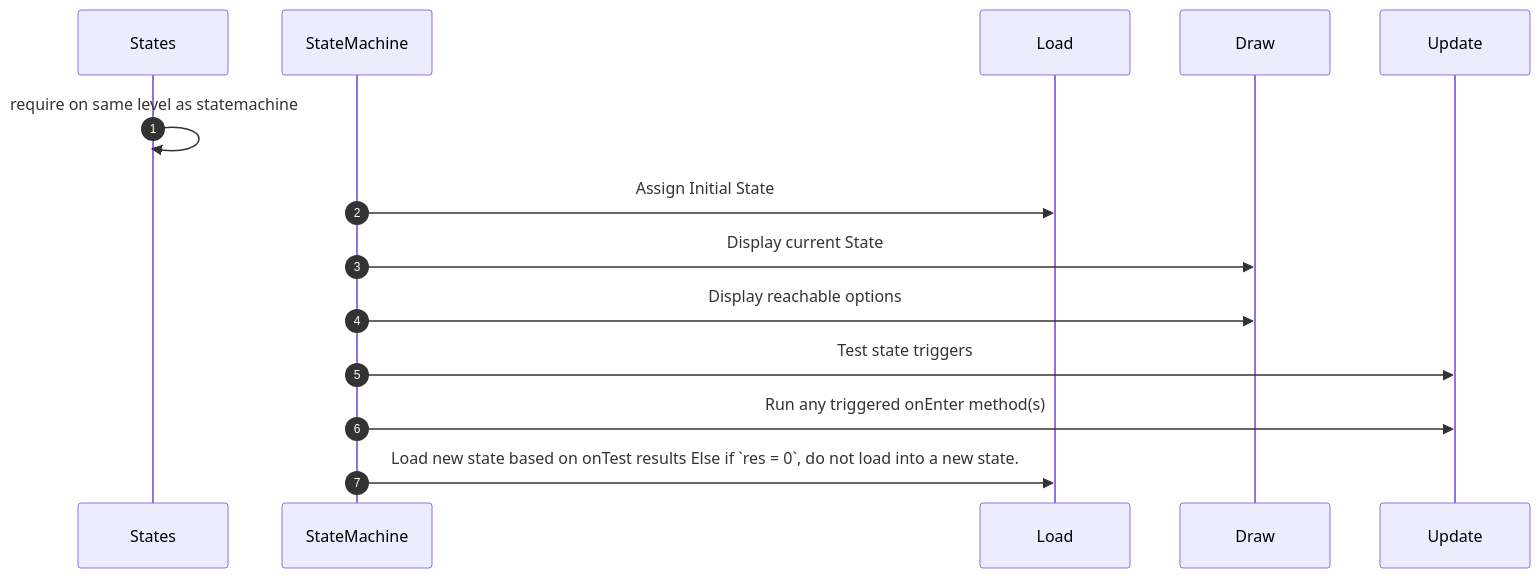
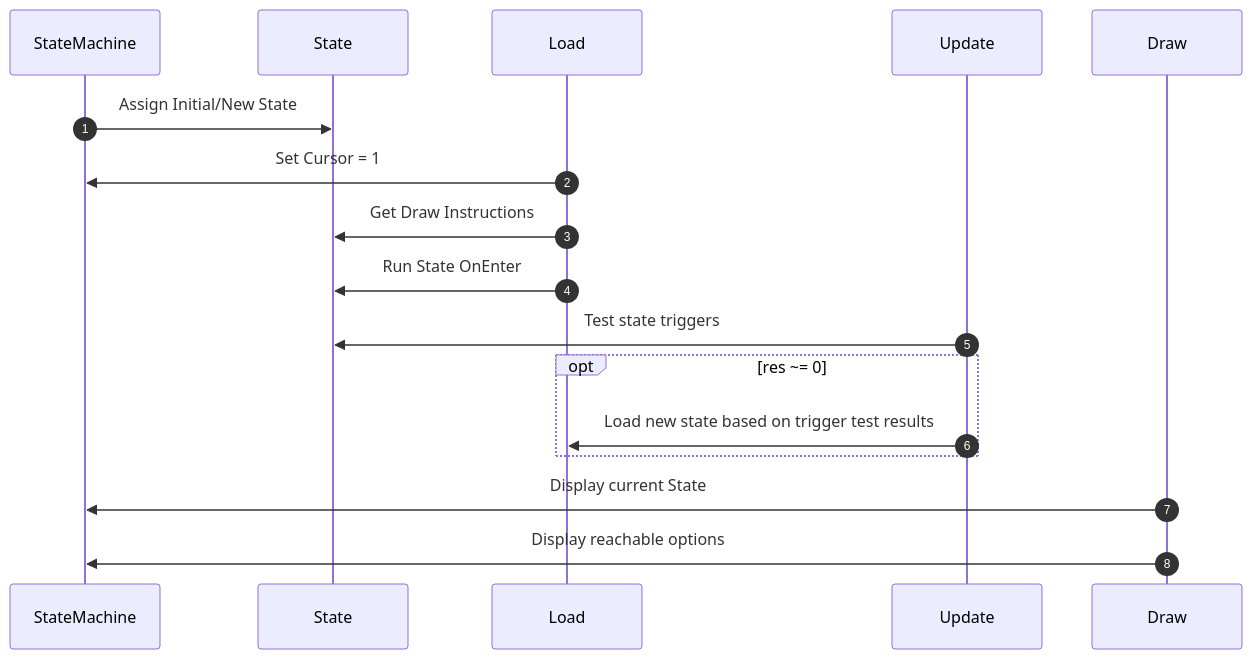
Before and after one commit to entitycs/WaMBaM: the second of 2 diagrams in docs/indev.md, drawn with Mermaid. The commit also changed other lines of this file, not shown here.

Commit message:
Update: documentation for StateMachine within indev.md

````diff
--- a/docs/indev.md
+++ b/docs/indev.md
@@ -84,11 +101,15 @@
 ```mermaid
 sequenceDiagram
     autonumber
-    States->>States: require on same level as statemachine
-    StateMachine->>Load: Assign Initial State
-    StateMachine->>Draw: Display current State
-    StateMachine->>Draw: Display reachable options
-    StateMachine->>Update: Test state triggers  
-    StateMachine->>Update: Run any triggered onEnter method(s)
-    StateMachine->>Load: Load new state based on onTest results Else if `res = 0`, do not load into a new state.
+     
+    StateMachine->>State: Assign Initial/New State
+    Load->>StateMachine: Set Cursor = 1
+    Load->>State: Get Draw Instructions
+    Load->>State: Run State OnEnter  
+    Update->>State: Test state triggers  
+    opt res ~= 0 
+        Update->>Load: Load new state based on trigger test results
+    end
+    Draw->>StateMachine: Display current State
+    Draw->>StateMachine: Display reachable options
 ```
````
